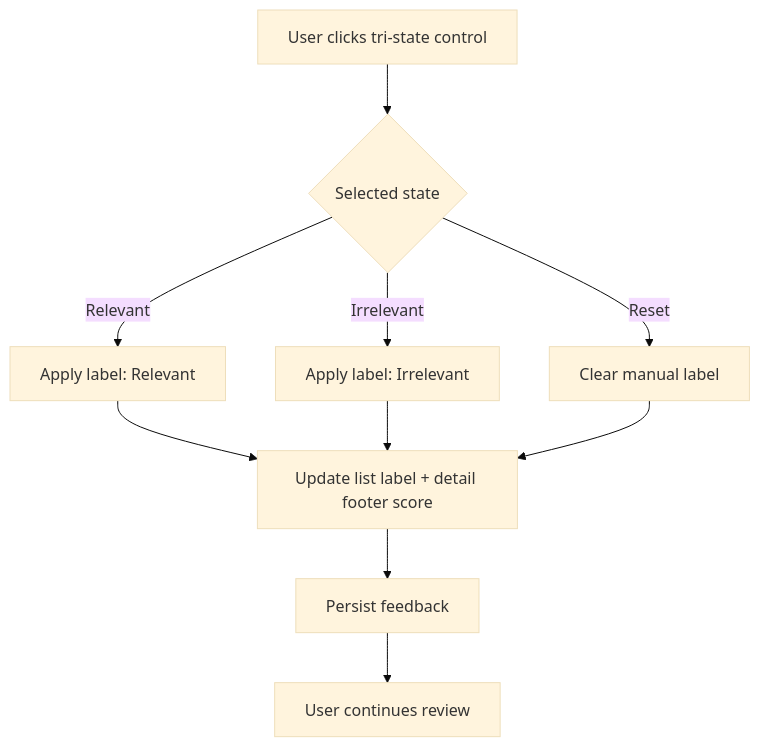
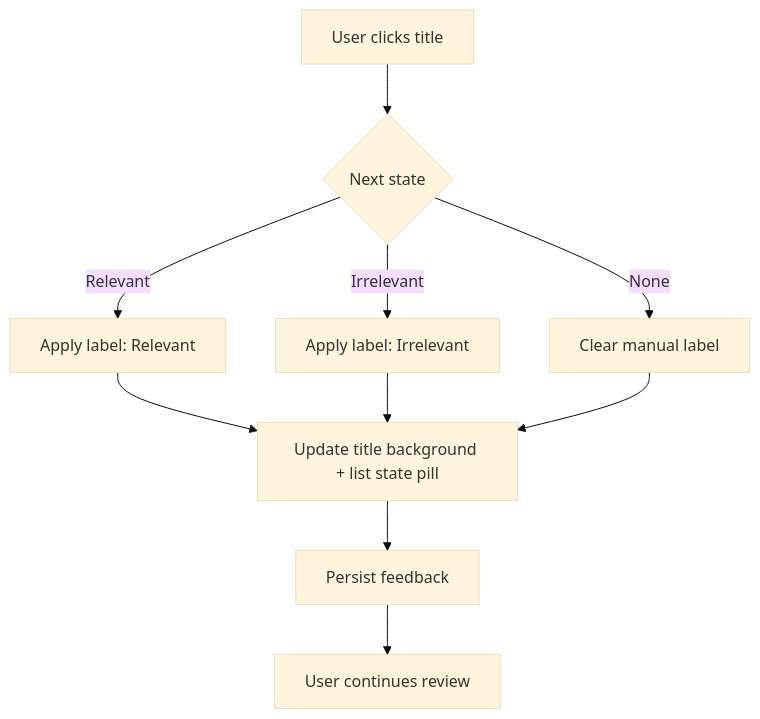
One commit to pjsousa/jobato_platform changed the second of 2 diagrams in _bmad-output/planning-artifacts/ux-design-specification.md. Above: the diagram before and after it, drawn with Mermaid (base theme). The commit also changed other lines of this file and 1 other file, not shown here.

````diff
--- a/_bmad-output/planning-artifacts/ux-design-specification.md
+++ b/_bmad-output/planning-artifacts/ux-design-specification.md
@@ -285,12 +287,12 @@
 ```mermaid
 flowchart TD
-  A[User clicks tri-state control] --> B{Selected state}
+  A[User clicks title] --> B{Next state}
   B -- Relevant --> C[Apply label: Relevant]
   B -- Irrelevant --> D[Apply label: Irrelevant]
-  B -- Reset --> E[Clear manual label]
-  C --> F[Update list label + detail footer score]
+  B -- None --> E[Clear manual label]
+  C --> F[Update title background + list state pill]
   D --> F
   E --> F
   F --> G[Persist feedback]
   G --> H[User continues review]
 ```
````
